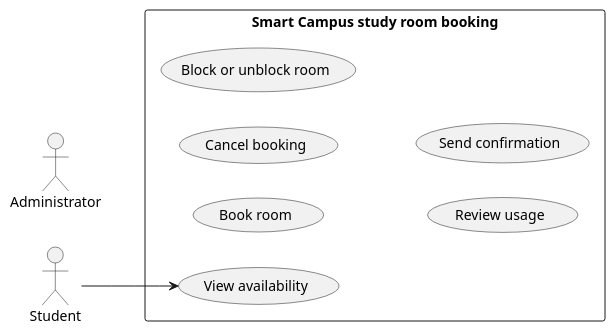
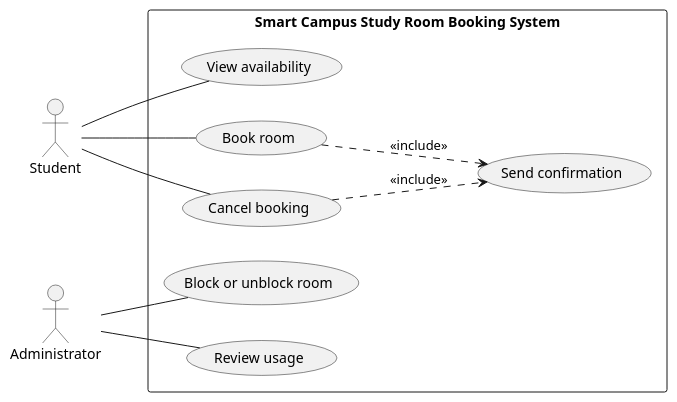
One commit to Darics3/se-practice changed the diagram in week-03/requirements/use-cases.puml. Above: the diagram before and after it, drawn with PlantUML. The commit also changed 3 other files, not shown here.

Commit message:
week-03: review diagram and add traceability

```diff
--- a/week-03/requirements/use-cases.puml
+++ b/week-03/requirements/use-cases.puml
@@ -1,26 +1,26 @@
 @startuml
-' Use-case diagram — Smart Campus study room booking
-' Two actors, outside the boundary. Six use cases, inside it.
-' No screens, no databases, no internal components, no third actor.
-' Draw an association only where that actor actually triggers that function.
-
 left to right direction
 
 actor Student
 actor Administrator
 
-rectangle "Smart Campus study room booking" {
-  usecase "View availability"      as UC01
-  usecase "Book room"              as UC02
-  usecase "Cancel booking"         as UC03
-  usecase "Block or unblock room"  as UC04
-  usecase "Review usage"           as UC05
-  usecase "Send confirmation"      as UC06
+rectangle "Smart Campus Study Room Booking System" {
+    usecase "View availability" as UC01
+    usecase "Book room" as UC02
+    usecase "Cancel booking" as UC03
+    usecase "Block or unblock room" as UC04
+    usecase "Review usage" as UC05
+    usecase "Send confirmation" as UC06
 }
 
-' TODO: replace the associations below with the ones you can justify.
-' TODO: think about UC05 and UC06 before you connect an actor to them.
+Student -- UC01
+Student -- UC02
+Student -- UC03
 
-Student --> UC01
+Administrator -- UC04
+Administrator -- UC05
+
+UC02 ..> UC06 : <<include>>
+UC03 ..> UC06 : <<include>>
 
 @enduml
```
